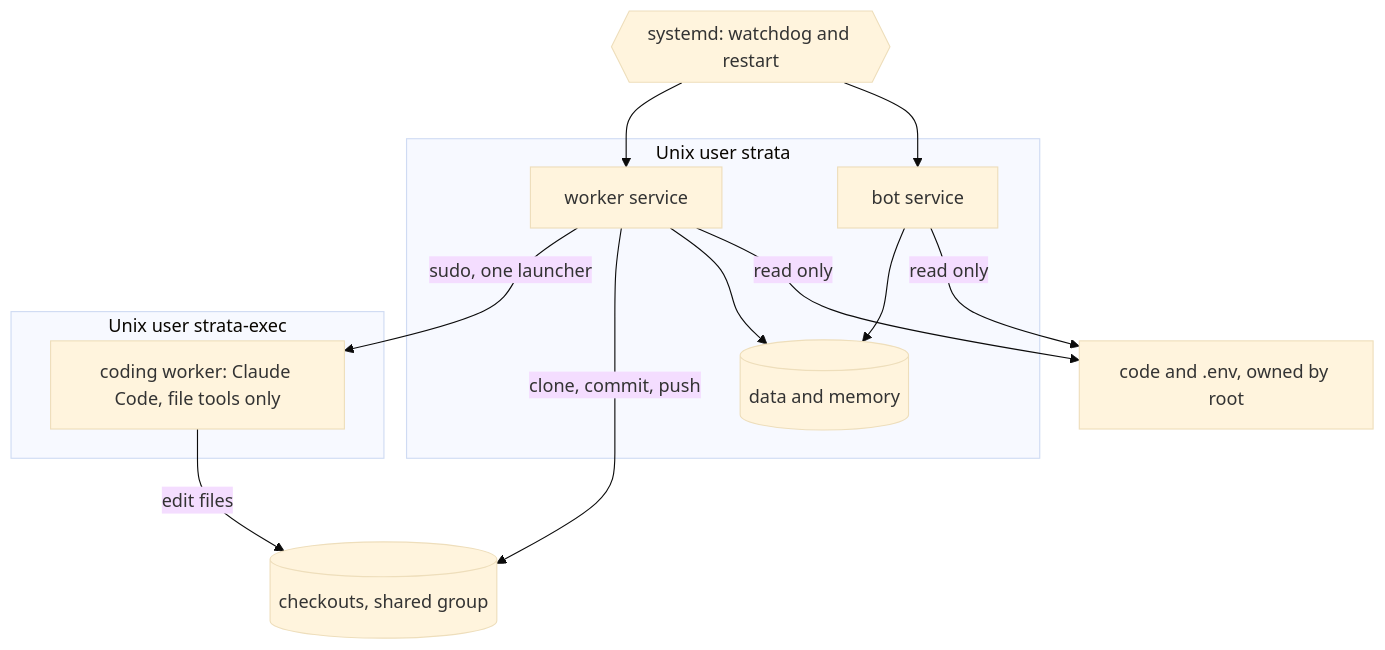
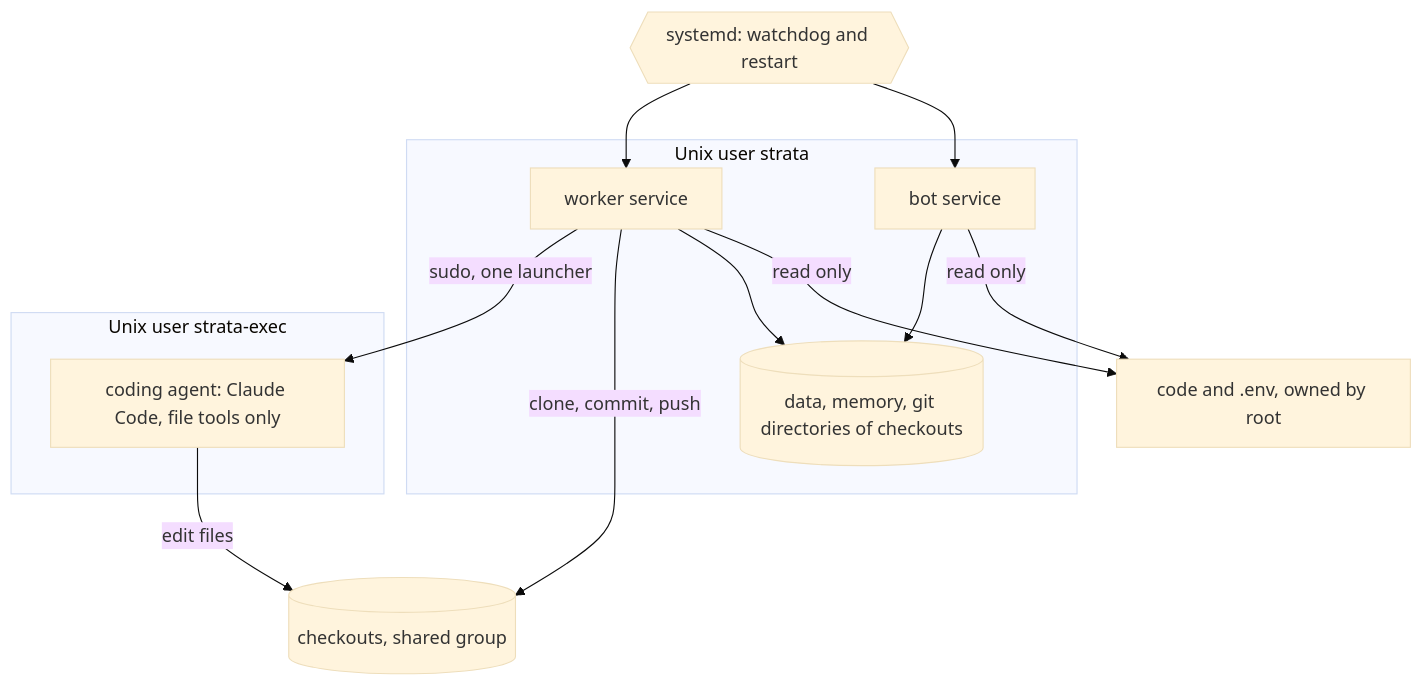
One commit to ant4x/strata-showcase changed the second of 2 diagrams in README.md. Above: the diagram before and after it, drawn with Mermaid (base theme). The commit also changed other lines of this file and 1 other file, not shown here.

````diff
--- a/README.md
+++ b/README.md
@@ -92,19 +56,19 @@
 ```mermaid
 flowchart TB
     systemd{{systemd: watchdog and restart}} --> BotSvc & WorkerSvc
     subgraph strata [Unix user strata]
         BotSvc[bot service]
         WorkerSvc[worker service]
-        Own[(data and memory)]
+        Own[(data, memory, git directories of checkouts)]
     end
     subgraph exec [Unix user strata-exec]
-        Coder[coding worker: Claude Code, file tools only]
+        Coder[coding agent: Claude Code, file tools only]
     end
     Work[(checkouts, shared group)]
     Code[code and .env, owned by root]
     BotSvc & WorkerSvc -- read only --> Code
     BotSvc & WorkerSvc --> Own
     WorkerSvc -- clone, commit, push --> Work
     WorkerSvc -- sudo, one launcher --> Coder
     Coder -- edit files --> Work
 ```
````
